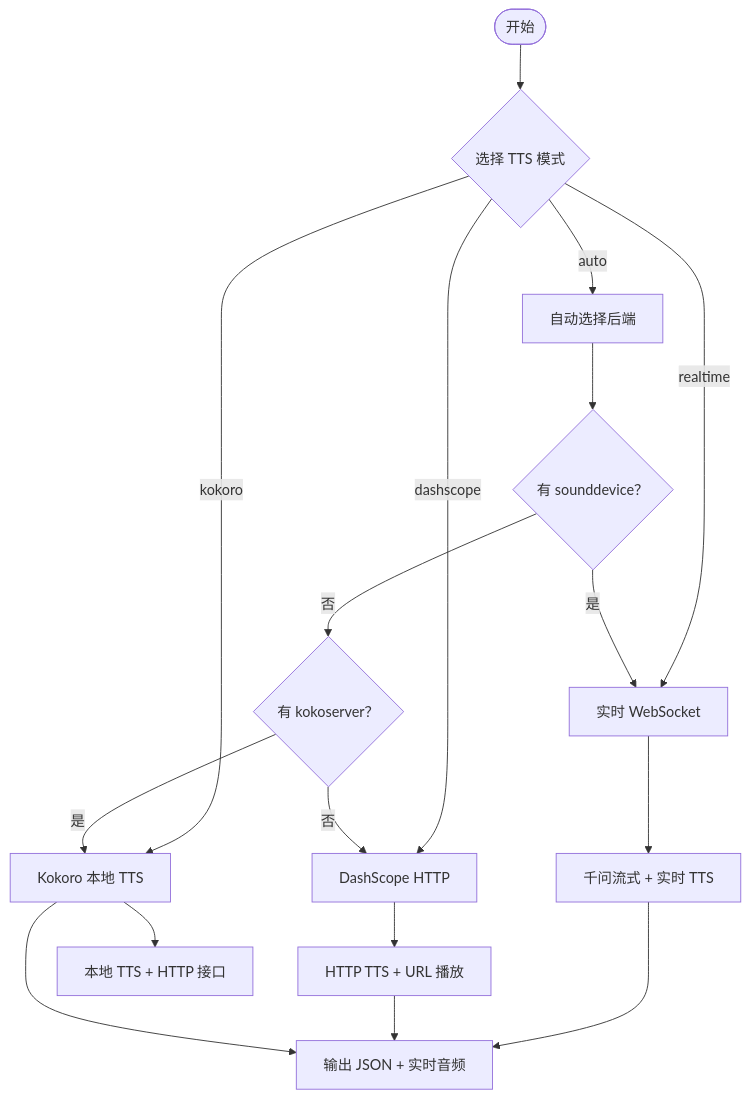
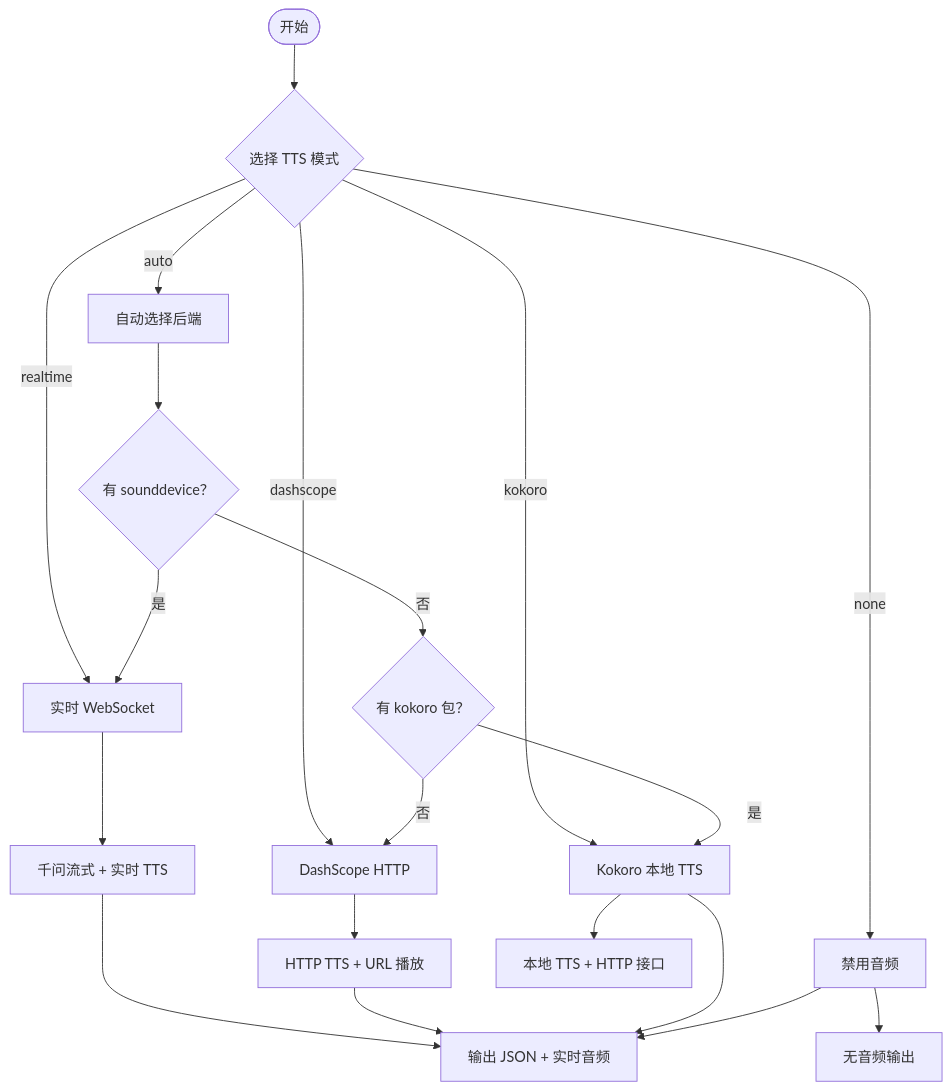
Before and after one commit to 1024dashen/Vue3Speech: the tenth of 12 diagrams in .qoder/repowiki/zh/content/开发者指南/开发者指南.md, drawn with Mermaid. The commit also changed other lines of this file and 5 other files, not shown here.

````diff
--- a/.qoder/repowiki/zh/content/开发者指南/开发者指南.md
+++ b/.qoder/repowiki/zh/content/开发者指南/开发者指南.md
@@ -396,19 +460,22 @@
 ```mermaid
 flowchart TD
 Start(["开始"]) --> CheckMode{"选择 TTS 模式"}
 CheckMode --> |auto| AutoSelect["自动选择后端"]
 CheckMode --> |realtime| Realtime["实时 WebSocket"]
 CheckMode --> |dashscope| Dashscope["DashScope HTTP"]
 CheckMode --> |kokoro| Kokoro["Kokoro 本地 TTS"]
+CheckMode --> |none| None["禁用音频"]
 AutoSelect --> SoundDev{"有 sounddevice？"}
 SoundDev --> |是| Realtime
-SoundDev --> |否| CheckKokoro{"有 kokoserver？"}
+SoundDev --> |否| CheckKokoro{"有 kokoro 包？"}
 CheckKokoro --> |是| Kokoro
 CheckKokoro --> |否| Dashscope
 Realtime --> StreamLLM["千问流式 + 实时 TTS"]
 Dashscope --> HTTPTTS["HTTP TTS + URL 播放"]
 Kokoro --> LocalTTS["本地 TTS + HTTP 接口"]
+None --> NoAudio["无音频输出"]
 StreamLLM --> Output["输出 JSON + 实时音频"]
 HTTPTTS --> Output
 Kokoro --> Output
+None --> Output
 ```
````
